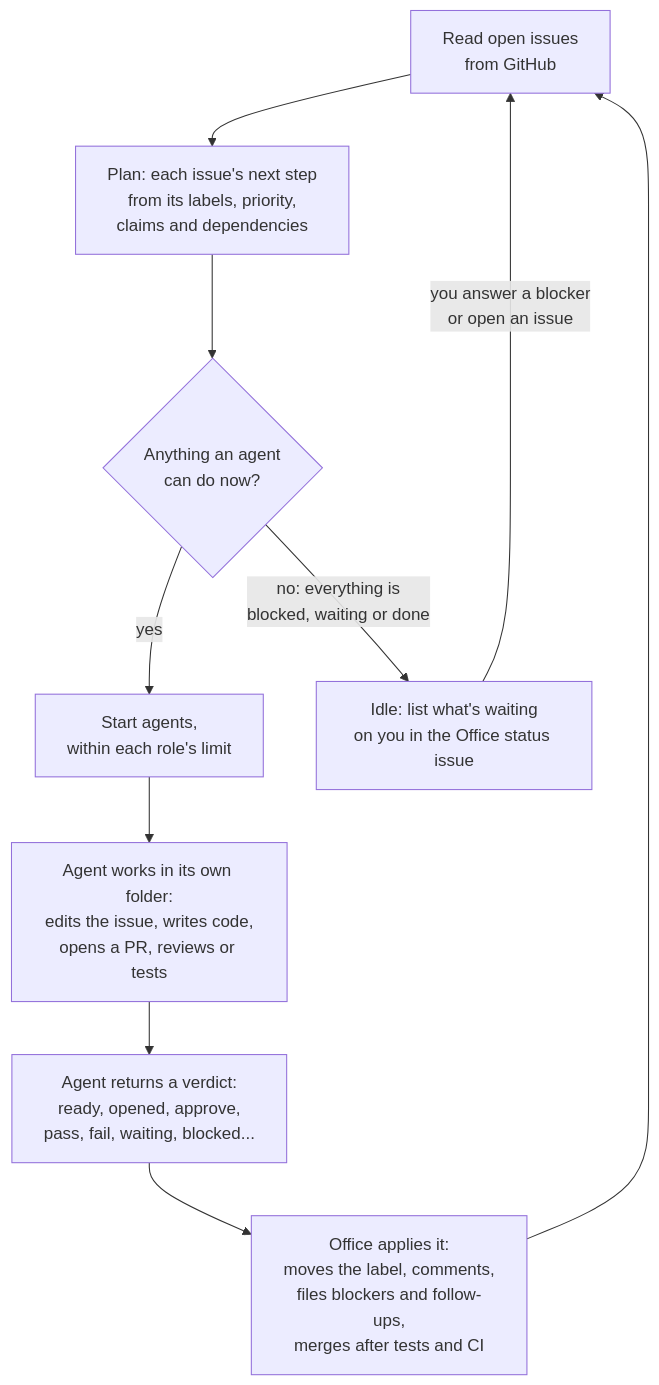
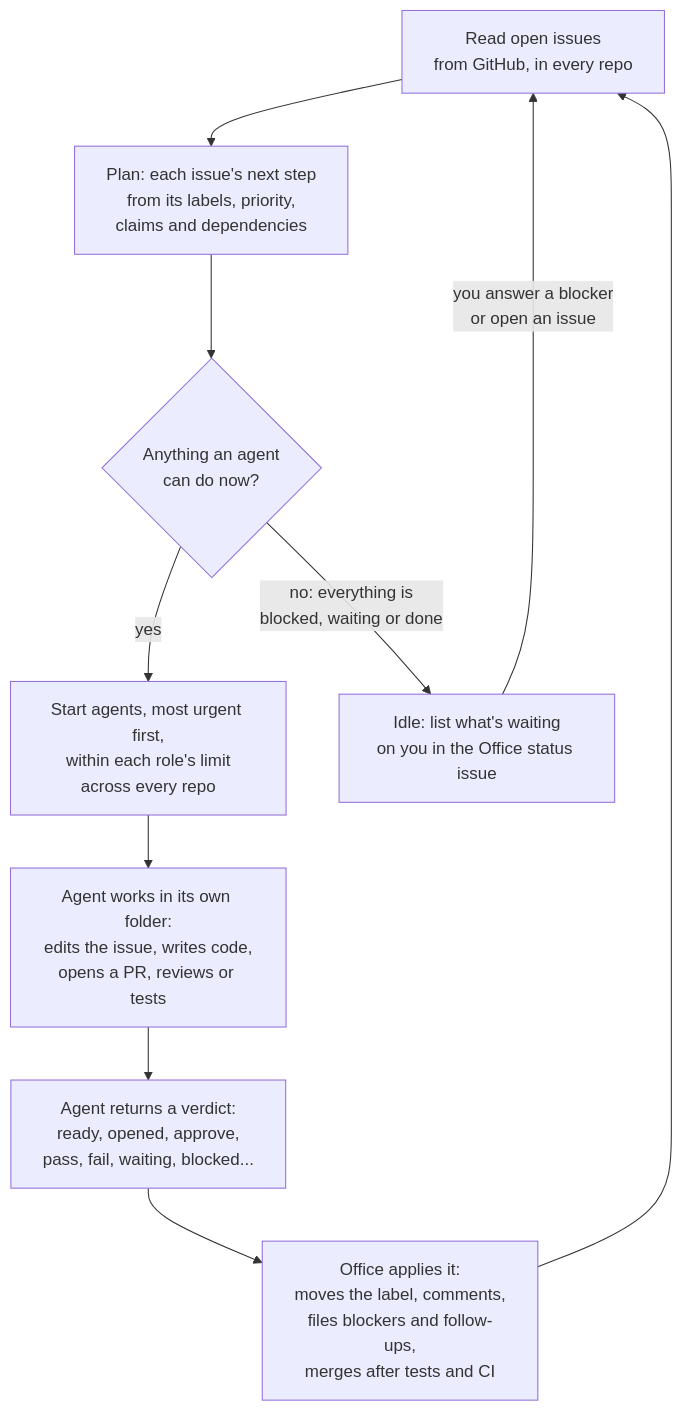
One commit to a1drich/product-development-office changed the first of 3 diagrams in docs/HOW-IT-WORKS.md. Above: the diagram before and after it, drawn with Mermaid. The commit also changed other lines of this file and 17 other files, not shown here.

````diff
--- a/docs/HOW-IT-WORKS.md
+++ b/docs/HOW-IT-WORKS.md
@@ -9,12 +9,12 @@
 ```mermaid
 flowchart TD
-    A[Read open issues<br/>from GitHub] --> B[Plan: each issue's next step<br/>from its labels, priority,<br/>claims and dependencies]
+    A[Read open issues<br/>from GitHub, in every repo] --> B[Plan: each issue's next step<br/>from its labels, priority,<br/>claims and dependencies]
     B --> C{Anything an agent<br/>can do now?}
-    C -- yes --> D[Start agents,<br/>within each role's limit]
+    C -- yes --> D[Start agents, most urgent first,<br/>within each role's limit<br/>across every repo]
     D --> E[Agent works in its own folder:<br/>edits the issue, writes code,<br/>opens a PR, reviews or tests]
     E --> F[Agent returns a verdict:<br/>ready, opened, approve,<br/>pass, fail, waiting, blocked...]
     F --> G[Office applies it:<br/>moves the label, comments,<br/>files blockers and follow-ups,<br/>merges after tests and CI]
     G --> A
     C -- "no: everything is<br/>blocked, waiting or done" --> H[Idle: list what's waiting<br/>on you in the Office status issue]
     H -- "you answer a blocker<br/>or open an issue" --> A
 ```
````
